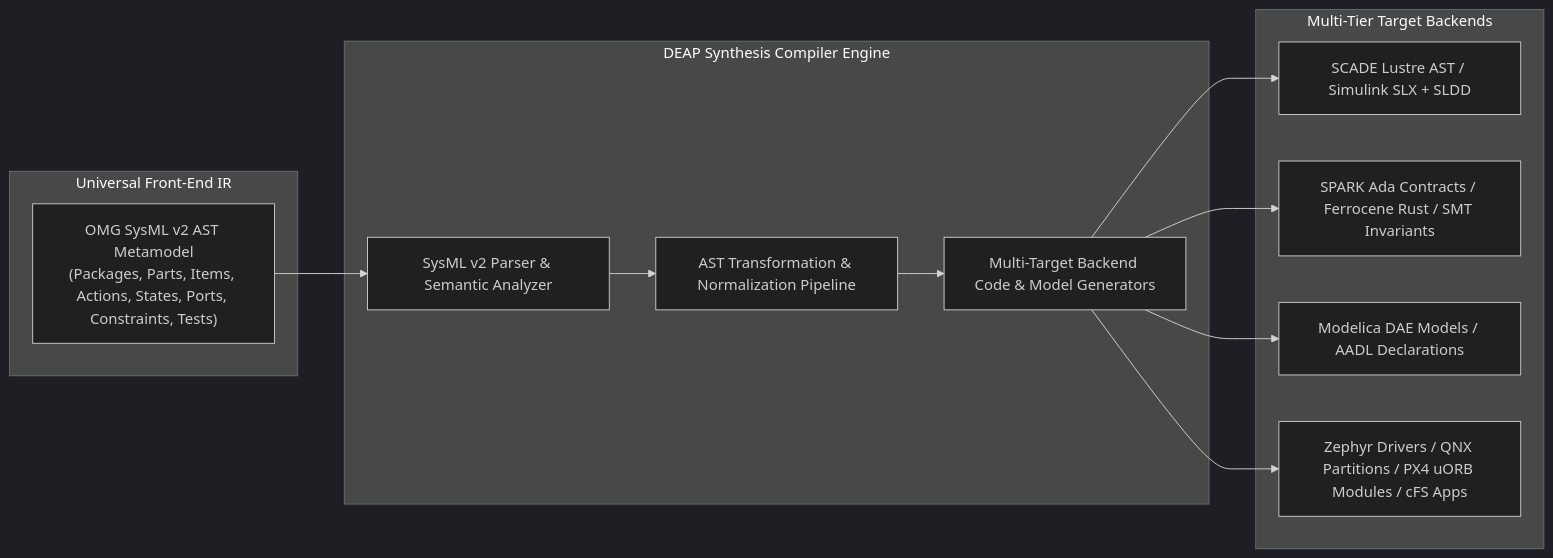
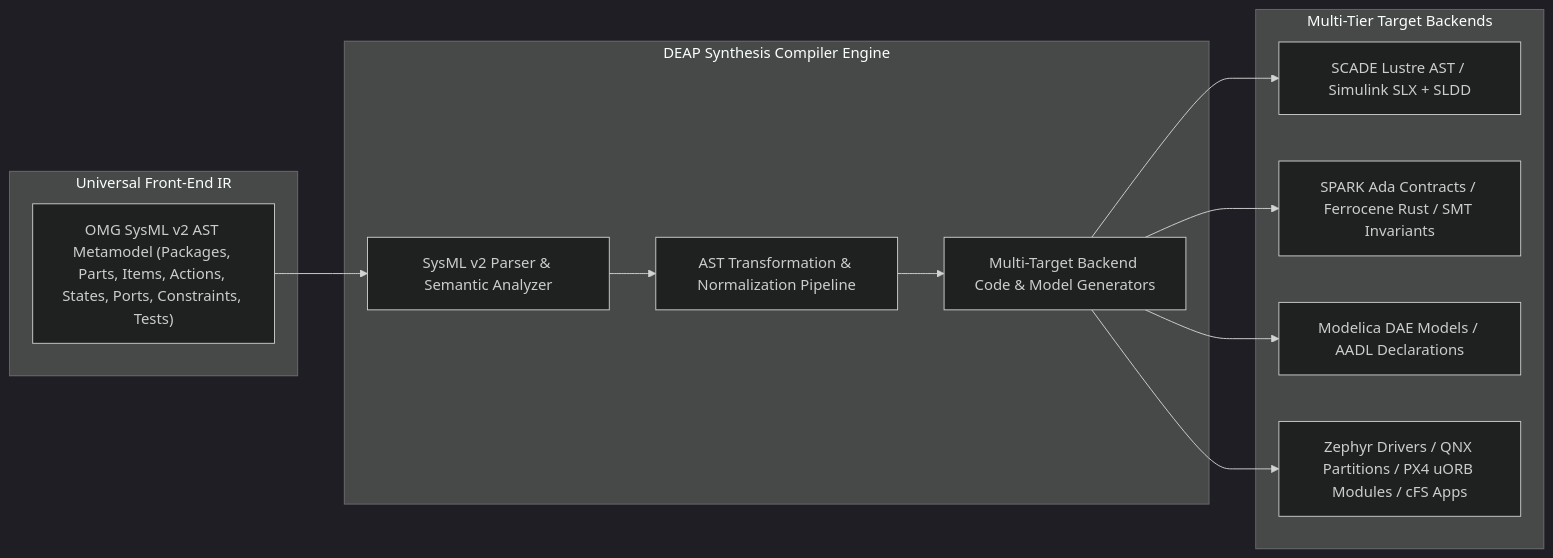
One commit to gintatkinson/DEAP-spec-core changed the second of 10 diagrams in docs/architecture/blueprints/DEAP_MULTI_TOOLCHAIN_SYNTHESIS_ARCHITECTURE.md. Above: the diagram before and after it, drawn with Mermaid (dark theme). The commit also changed other lines of this file and 15 other files, not shown here.

````diff
--- a/docs/architecture/blueprints/DEAP_MULTI_TOOLCHAIN_SYNTHESIS_ARCHITECTURE.md
+++ b/docs/architecture/blueprints/DEAP_MULTI_TOOLCHAIN_SYNTHESIS_ARCHITECTURE.md
@@ -64,28 +64,27 @@
 ```mermaid
 flowchart LR
     subgraph Frontend_IR ["Universal Front-End IR"]
-        AST_IR["OMG SysML v2 AST Metamodel
-(Packages, Parts, Items, Actions, States, Ports, Constraints, Tests)"]
+        AST_IR["OMG SysML v2 AST Metamodel (Packages, Parts, Items, Actions, States, Ports, Constraints, Tests)"]
     end
 
     subgraph DEAP_Compiler ["DEAP Synthesis Compiler Engine"]
         Lexer["SysML v2 Parser & Semantic Analyzer"]
         IR_Transform["AST Transformation & Normalization Pipeline"]
         Backend_Emit["Multi-Target Backend Code & Model Generators"]
     end
 
     subgraph Backend_Targets ["Multi-Tier Target Backends"]
         T1_Out["SCADE Lustre AST / Simulink SLX + SLDD"]
         T2_Out["SPARK Ada Contracts / Ferrocene Rust / SMT Invariants"]
         T3_Out["Modelica DAE Models / AADL Declarations"]
         T4_Out["Zephyr Drivers / QNX Partitions / PX4 uORB Modules / cFS Apps"]
     end
 
     AST_IR --> Lexer
     Lexer --> IR_Transform
     IR_Transform --> Backend_Emit
     Backend_Emit --> T1_Out
     Backend_Emit --> T2_Out
     Backend_Emit --> T3_Out
     Backend_Emit --> T4_Out
 ```
````
